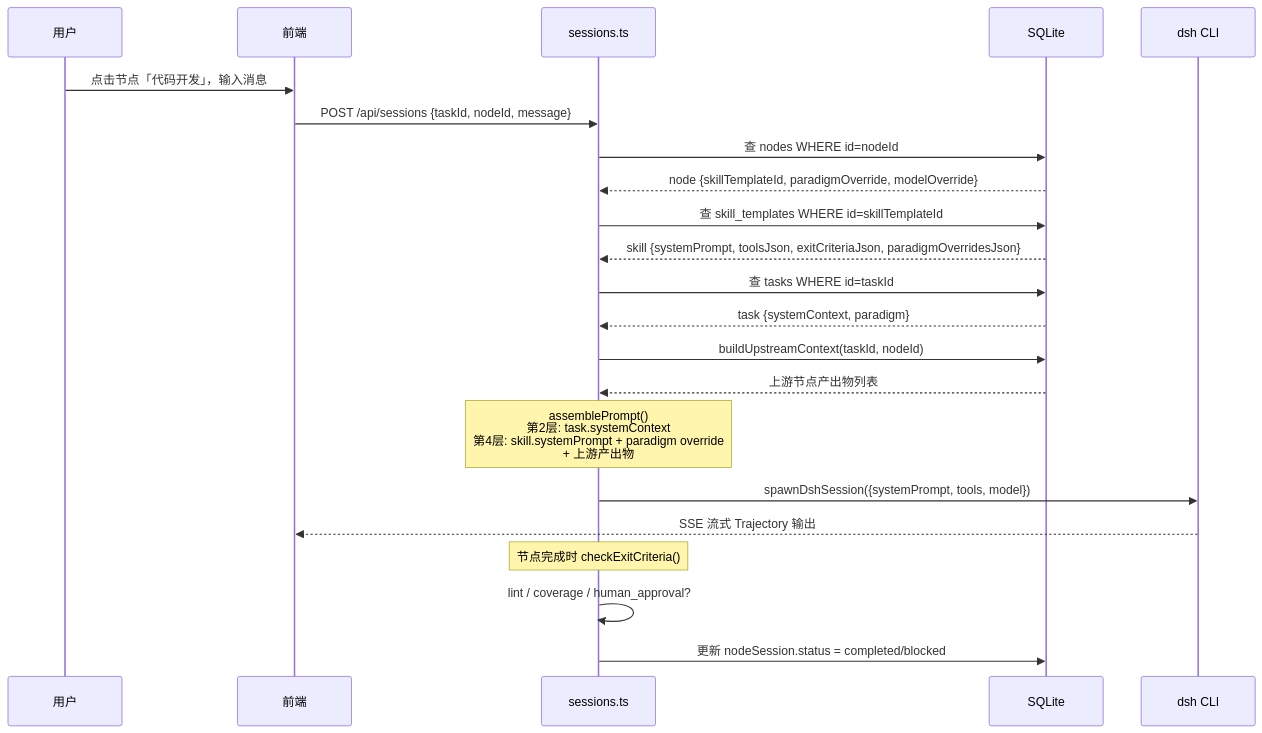
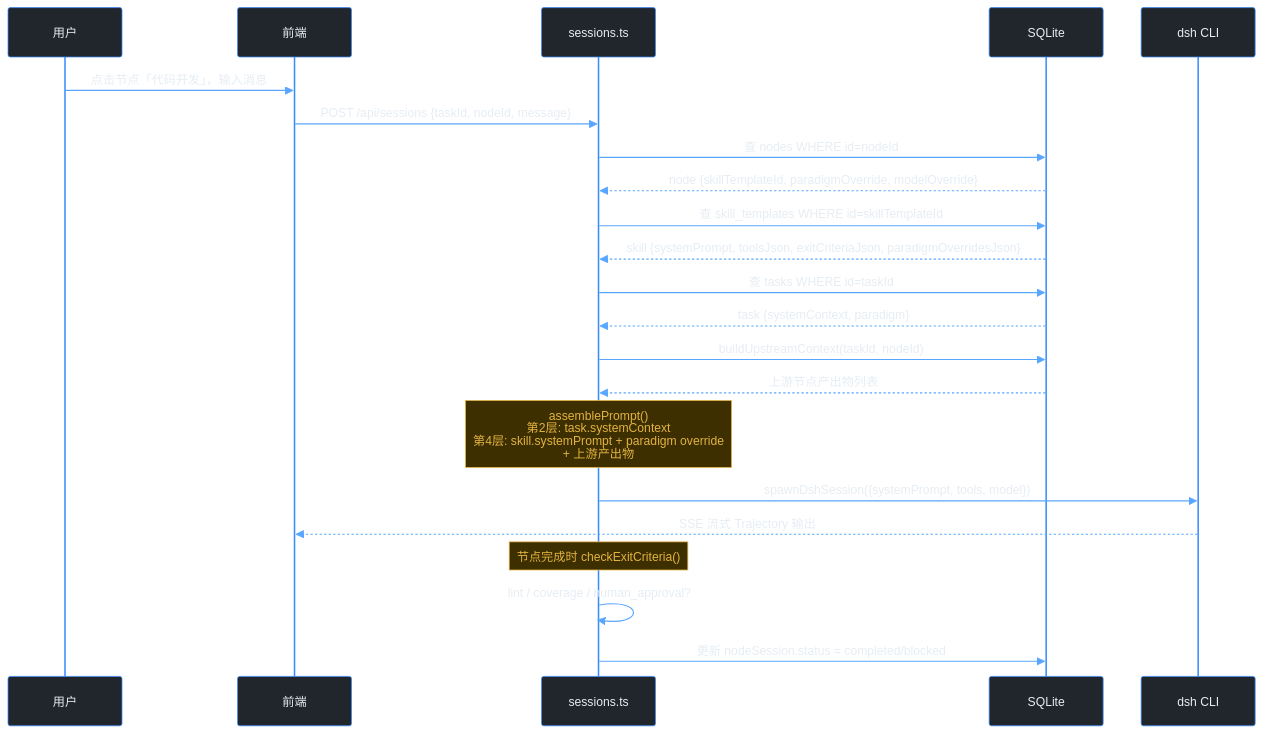
Before and after one commit to YZY-xiaoyuer/YZY-xiaoyuer.github.io: the fourth of 6 diagrams in _posts/2026-08-26-ai-constraint-architecture.md, drawn with Mermaid. The commit also changed other lines of this file and 1 other file, not shown here.

First line of the commit message:
fix: skill editor layer order (3 after 2); sequence diagram text contrast

````diff
--- a/_posts/2026-08-26-ai-constraint-architecture.md
+++ b/_posts/2026-08-26-ai-constraint-architecture.md
@@ -241,32 +241,33 @@
 ```mermaid
+%%{init: {'theme': 'base', 'themeVariables': {'actorBkg': '#21262d', 'actorTextColor': '#e6edf3', 'actorLineColor': '#388bfd', 'actorBorder': '#388bfd', 'signalColor': '#58a6ff', 'signalTextColor': '#e6edf3', 'labelBoxBkgColor': '#21262d', 'labelBoxBorderColor': '#388bfd', 'labelTextColor': '#e6edf3', 'loopTextColor': '#e6edf3', 'noteBkgColor': '#3d2f00', 'noteTextColor': '#e3b341', 'noteBorderColor': '#e3b341', 'activationBkgColor': '#1c2d4a', 'activationBorderColor': '#388bfd', 'background': '#0d1117', 'sequenceNumberColor': '#e6edf3'}}}%%
 sequenceDiagram
     participant U as 用户
     participant F as 前端
     participant API as sessions.ts
     participant DB as SQLite
     participant DSH as dsh CLI
 
     U->>F: 点击节点「代码开发」，输入消息
     F->>API: POST /api/sessions {taskId, nodeId, message}
 
     API->>DB: 查 nodes WHERE id=nodeId
     DB-->>API: node {skillTemplateId, paradigmOverride, modelOverride}
 
     API->>DB: 查 skill_templates WHERE id=skillTemplateId
     DB-->>API: skill {systemPrompt, toolsJson, exitCriteriaJson, paradigmOverridesJson}
 
     API->>DB: 查 tasks WHERE id=taskId
     DB-->>API: task {systemContext, paradigm}
 
     API->>DB: buildUpstreamContext(taskId, nodeId)
     DB-->>API: 上游节点产出物列表
 
     Note over API: assemblePrompt()<br/>第2层: task.systemContext<br/>第4层: skill.systemPrompt + paradigm override<br/>+ 上游产出物
 
     API->>DSH: spawnDshSession({systemPrompt, tools, model})
     DSH-->>F: SSE 流式 Trajectory 输出
 
     Note over API: 节点完成时 checkExitCriteria()
     API->>API: lint / coverage / human_approval?
     API->>DB: 更新 nodeSession.status = completed/blocked
 ```
````
